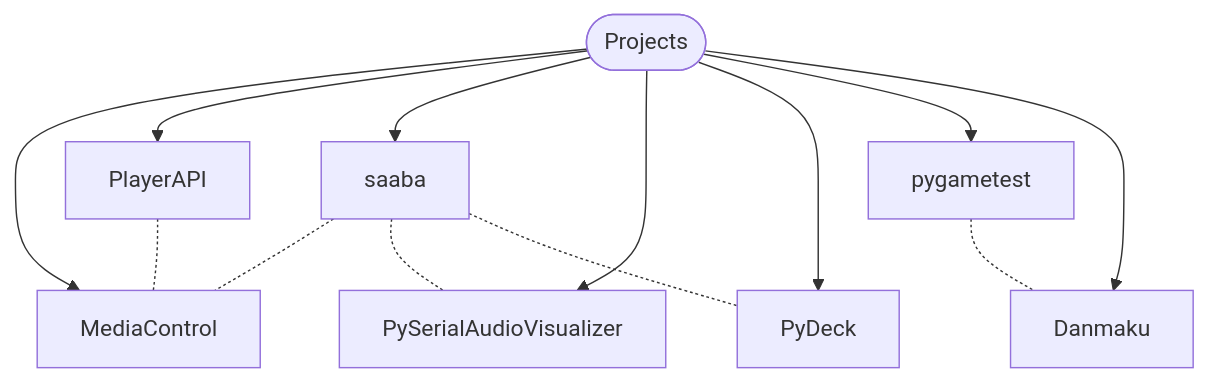
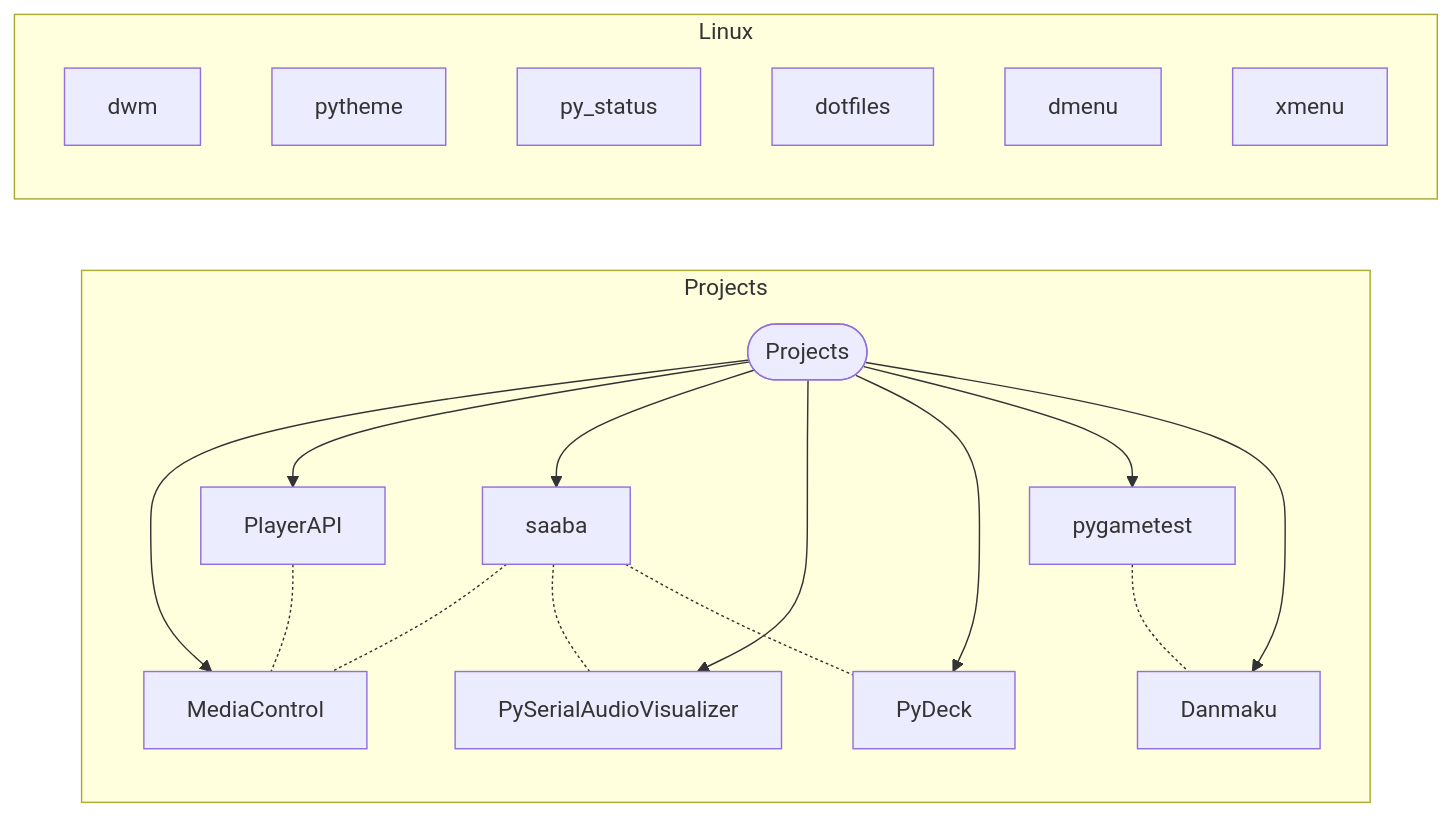
Before and after one commit to virashu/virashu: the diagram in projects.md, drawn with Mermaid.

Commit message:
Update Projects

````diff
--- a/projects.md
+++ b/projects.md
@@ -9,36 +9,50 @@
 ```mermaid
-flowchart
-  base(["Projects"])
+flowchart LR
 
-	player_api["PlayerAPI"]
-	media_control["MediaControl"]
-  audio_vis["PySerialAudioVisualizer"]
-  saaba["saaba"]
-  pydeck["PyDeck"]
+  subgraph Projects
+    direction TB
+    base(["Projects"])
 
-	v_game["pygametest"]
-	danmaku["Danmaku"]
+    player_api["PlayerAPI"]
+    media_control["MediaControl"]
+    audio_vis["PySerialAudioVisualizer"]
+    saaba["saaba"]
+    pydeck["PyDeck"]
 
-  click media_control href "https://github.com/virashu/media_control"
-  click audio_vis href "https://github.com/virashu/PySerialAudioVisualizer"
-  click saaba href "https://github.com/virashu/saaba"
-  click pydeck href "https://github.com/virashu/pydeck"
-  click v_game href "https://github.com/virashu/pygametest"
-  click danmaku href "https://github.com/virashu/Danmaku"
+    v_game["pygametest"]
+    danmaku["Danmaku"]
 
-	base --> media_control
-	base --> player_api
-  base --> saaba
-  base --> audio_vis
-  base --> pydeck
+    click media_control href "https://github.com/virashu/media_control"
+    click audio_vis href "https://github.com/virashu/PySerialAudioVisualizer"
+    click saaba href "https://github.com/virashu/saaba"
+    click pydeck href "https://github.com/virashu/pydeck"
+    click v_game href "https://github.com/virashu/pygametest"
+    click danmaku href "https://github.com/virashu/Danmaku"
 
-	base --> v_game
-	base --> danmaku
+    base --> media_control
+    base --> player_api
+    base --> saaba
+    base --> audio_vis
+    base --> pydeck
 
-  v_game -.- danmaku
-	player_api -.- media_control
-  saaba -.- media_control
-  saaba -.- audio_vis
-  saaba -.- pydeck
+    base --> v_game
+    base --> danmaku
+
+    v_game -.- danmaku
+    player_api -.- media_control
+    saaba -.- media_control
+    saaba -.- audio_vis
+    saaba -.- pydeck
+  end
+
+  subgraph Linux
+  direction TB
+    dwm["dwm"]
+    py_theme["pytheme"]
+    py_status
+    dotfiles
+    dmenu
+    xmenu
+  end
 
 ```
````
